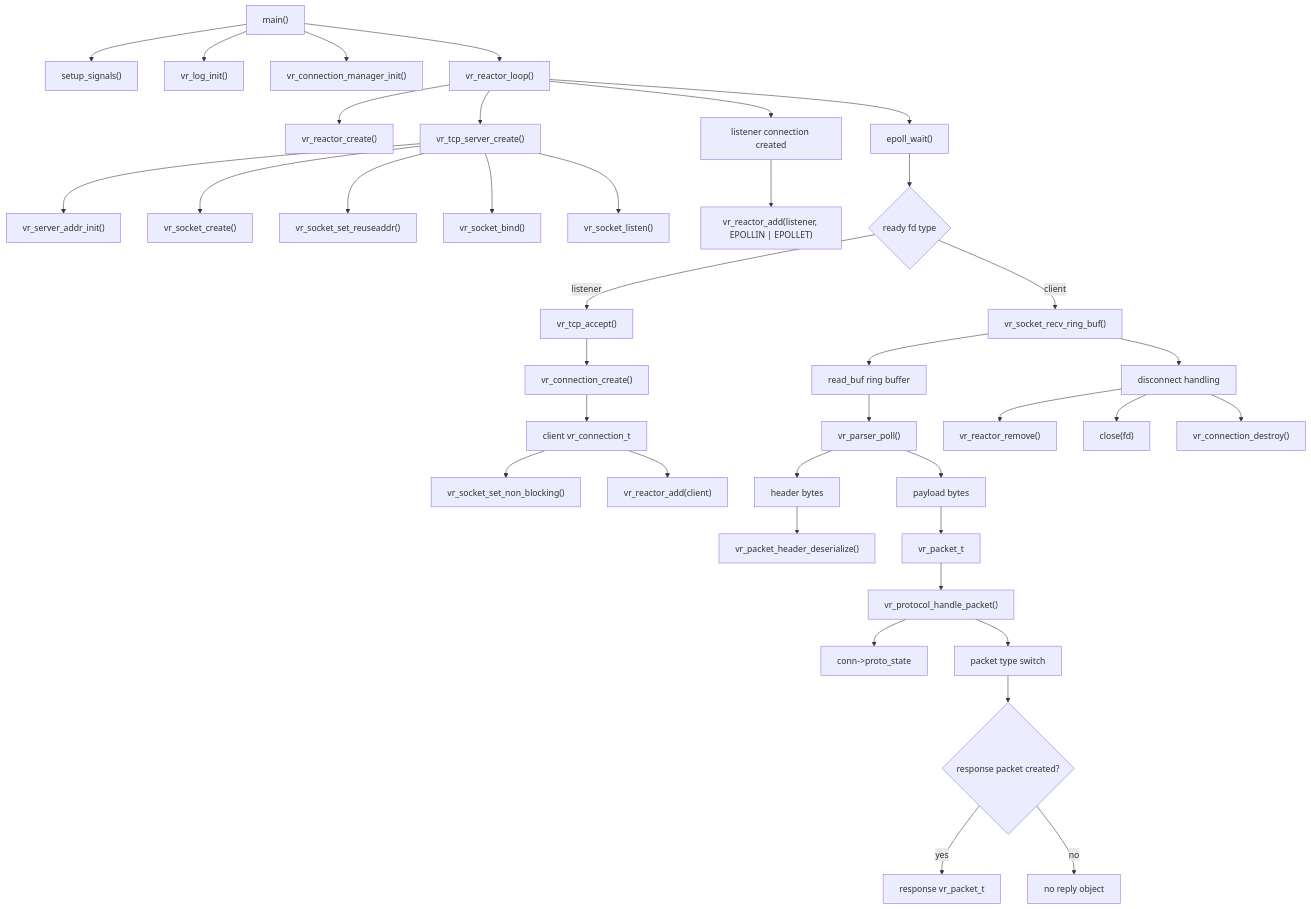
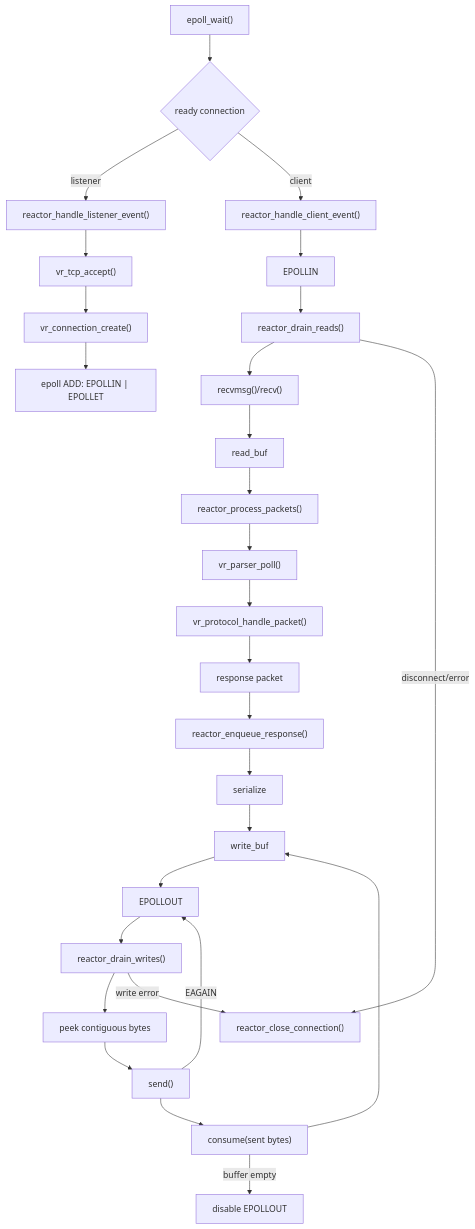
One commit to Vishisht-Dwivedi/Velora changed the second of 4 diagrams in README.md. Above: the diagram before and after it, drawn with Mermaid. The commit also changed other lines of this file, not shown here.

````diff
--- a/README.md
+++ b/README.md
@@ -50,48 +87,38 @@
 ```mermaid
 flowchart TD
-    A["main()"] --> B["setup_signals()"]
-    A --> C["vr_log_init()"]
-    A --> D["vr_connection_manager_init()"]
-    A --> E["vr_reactor_loop()"]
+    A["epoll_wait()"] --> B{"ready connection"}
 
-    E --> F["vr_reactor_create()"]
-    E --> G["vr_tcp_server_create()"]
-    G --> H["vr_server_addr_init()"]
-    G --> I["vr_socket_create()"]
-    G --> J["vr_socket_set_reuseaddr()"]
-    G --> K["vr_socket_bind()"]
-    G --> L["vr_socket_listen()"]
+    B -->|"listener"| C["reactor_handle_listener_event()"]
+    C --> D["vr_tcp_accept()"]
+    D --> E["vr_connection_create()"]
+    E --> F["epoll ADD: EPOLLIN | EPOLLET"]
 
-    E --> M["listener connection created"]
-    M --> N["vr_reactor_add(listener, EPOLLIN | EPOLLET)"]
+    B -->|"client"| G["reactor_handle_client_event()"]
 
-    E --> O["epoll_wait()"]
-    O --> P{"ready fd type"}
+    G --> H["EPOLLIN"]
+    H --> I["reactor_drain_reads()"]
+    I --> J["recvmsg()/recv()"]
+    J --> K["read_buf"]
 
-    P -->|listener| Q["vr_tcp_accept()"]
-    Q --> R["vr_connection_create()"]
-    R --> S["client vr_connection_t"]
-    S --> T["vr_socket_set_non_blocking()"]
-    S --> U["vr_reactor_add(client)"]
+    K --> L["reactor_process_packets()"]
+    L --> M["vr_parser_poll()"]
+    M --> N["vr_protocol_handle_packet()"]
 
-    P -->|client| V["vr_socket_recv_ring_buf()"]
-    V --> W["read_buf ring buffer"]
-    W --> X["vr_parser_poll()"]
-    X --> Y["header bytes"]
-    X --> Z["payload bytes"]
-    Y --> AA["vr_packet_header_deserialize()"]
-    Z --> AB["vr_packet_t"]
+    N --> O["response packet"]
+    O --> P["reactor_enqueue_response()"]
+    P --> Q["serialize"]
+    Q --> R["write_buf"]
+    R --> S["EPOLLOUT"]
 
-    AB --> AC["vr_protocol_handle_packet()"]
-    AC --> AD["conn->proto_state"]
-    AC --> AE["packet type switch"]
-    AE --> AF{"response packet created?"}
+    S --> T["reactor_drain_writes()"]
+    T --> U["peek contiguous bytes"]
+    U --> V["send()"]
+    V --> W["consume(sent bytes)"]
+    W --> R
 
-    AF -->|yes| AG["response vr_packet_t"]
-    AF -->|no| AH["no reply object"]
+    V -->|"EAGAIN"| S
+    W -->|"buffer empty"| X["disable EPOLLOUT"]
 
-    V --> AI["disconnect handling"]
-    AI --> AJ["vr_reactor_remove()"]
-    AI --> AK["close(fd)"]
-    AI --> AL["vr_connection_destroy()"]
+    I -->|"disconnect/error"| Y["reactor_close_connection()"]
+    T -->|"write error"| Y
 ```
````
